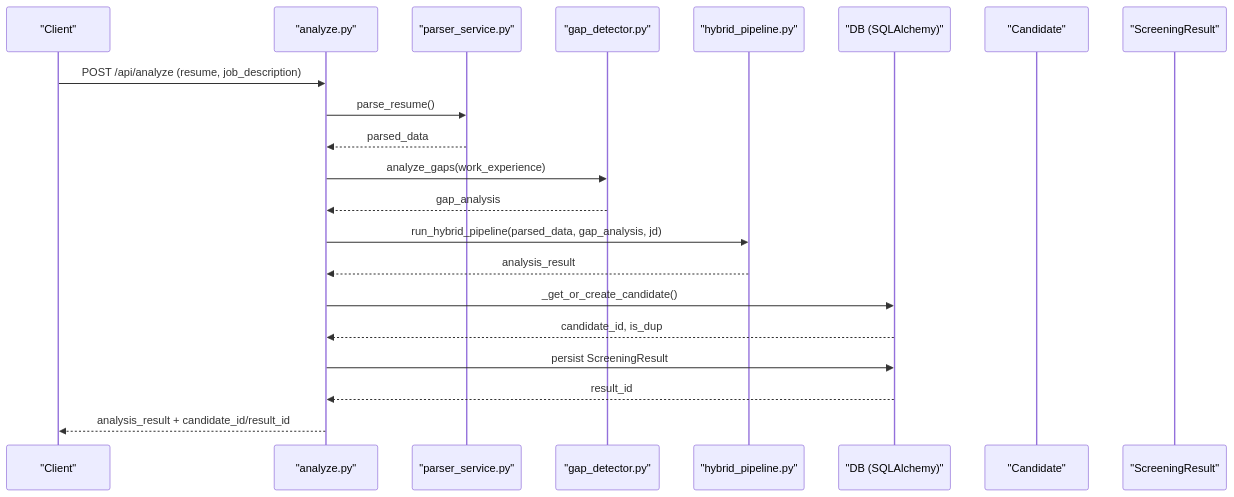
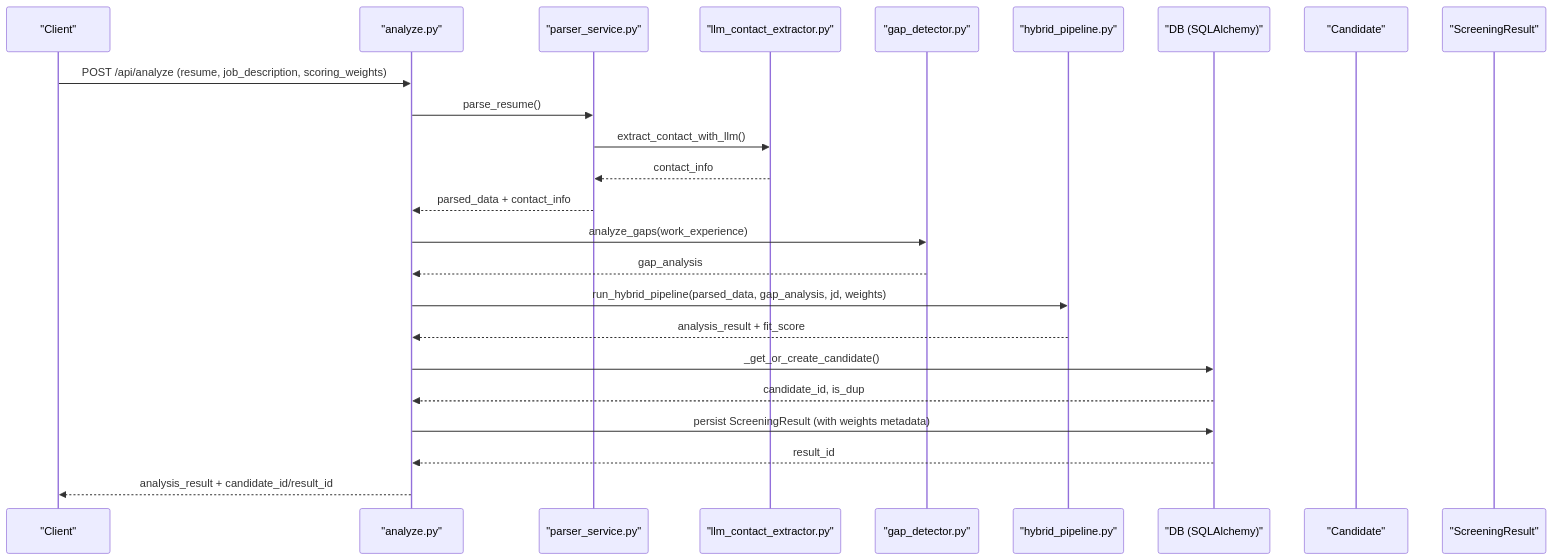
Before and after one commit to Revanththetalogics/aireume: the second of 11 diagrams in .qoder/repowiki/en/content/Candidate Management/Candidate Management.md, drawn with Mermaid. The commit also changed other lines of this file and 20 other files, not shown here.

First line of the commit message:
fix: persist complete report data to analysis_result for Candidates page

````diff
--- a/.qoder/repowiki/en/content/Candidate Management/Candidate Management.md
+++ b/.qoder/repowiki/en/content/Candidate Management/Candidate Management.md
@@ -109,23 +137,26 @@
 ```mermaid
 sequenceDiagram
 participant Client as "Client"
 participant Route as "analyze.py"
 participant Parser as "parser_service.py"
+participant LLMContact as "llm_contact_extractor.py"
 participant Gap as "gap_detector.py"
 participant Pipe as "hybrid_pipeline.py"
 participant DB as "DB (SQLAlchemy)"
 participant Cand as "Candidate"
 participant Res as "ScreeningResult"
-Client->>Route : POST /api/analyze (resume, job_description)
+Client->>Route : POST /api/analyze (resume, job_description, scoring_weights)
 Route->>Parser : parse_resume()
-Parser-->>Route : parsed_data
+Parser->>LLMContact : extract_contact_with_llm()
+LLMContact-->>Parser : contact_info
+Parser-->>Route : parsed_data + contact_info
 Route->>Gap : analyze_gaps(work_experience)
 Gap-->>Route : gap_analysis
-Route->>Pipe : run_hybrid_pipeline(parsed_data, gap_analysis, jd)
-Pipe-->>Route : analysis_result
+Route->>Pipe : run_hybrid_pipeline(parsed_data, gap_analysis, jd, weights)
+Pipe-->>Route : analysis_result + fit_score
 Route->>DB : _get_or_create_candidate()
 DB-->>Route : candidate_id, is_dup
-Route->>DB : persist ScreeningResult
+Route->>DB : persist ScreeningResult (with weights metadata)
 DB-->>Route : result_id
 Route-->>Client : analysis_result + candidate_id/result_id
 ```
````
